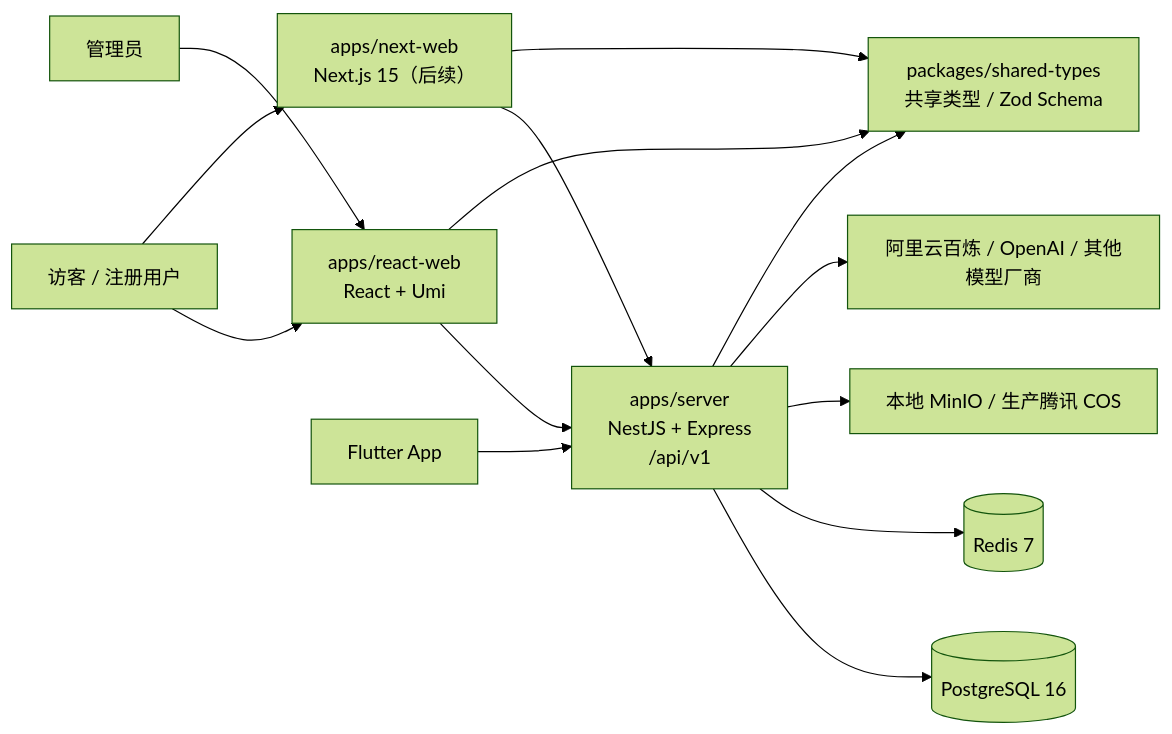
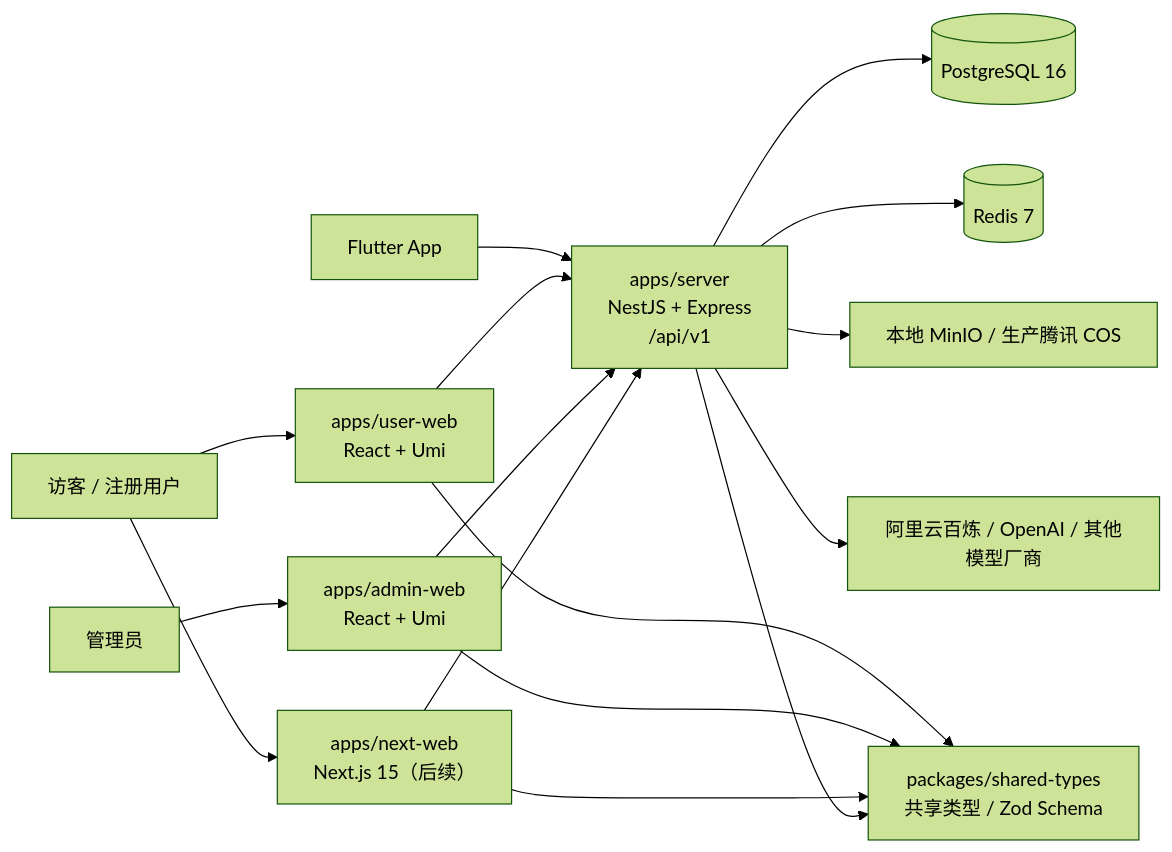
Before and after one commit to orangejava/personal-hub: the first of 10 diagrams in docs/foundation/architecture.md, drawn with Mermaid (forest theme). The commit also changed other lines of this file and 728 other files, not shown here.

````diff
--- a/docs/foundation/architecture.md
+++ b/docs/foundation/architecture.md
@@ -25,16 +25,18 @@
 ```mermaid
 flowchart LR
-    Visitor["访客 / 注册用户"] --> ReactWeb["apps/react-web<br/>React + Umi"]
-    Admin["管理员"] --> ReactWeb
+    Visitor["访客 / 注册用户"] --> ReactWeb["apps/user-web<br/>React + Umi"]
+    Admin["管理员"] --> AdminWeb["apps/admin-web<br/>React + Umi"]
     Visitor --> NextWeb["apps/next-web<br/>Next.js 15（后续）"]
     Mobile["Flutter App"] --> Api["apps/server<br/>NestJS + Express<br/>/api/v1"]
     ReactWeb --> Api
+    AdminWeb --> Api
     NextWeb --> Api
     Api --> Db[("PostgreSQL 16")]
     Api --> Redis[("Redis 7")]
     Api --> Storage["本地 MinIO / 生产腾讯 COS"]
     Api --> AI["阿里云百炼 / OpenAI / 其他模型厂商"]
     ReactWeb --> Shared["packages/shared-types<br/>共享类型 / Zod Schema"]
+    AdminWeb --> Shared
     NextWeb --> Shared
     Api --> Shared
 ```
````
